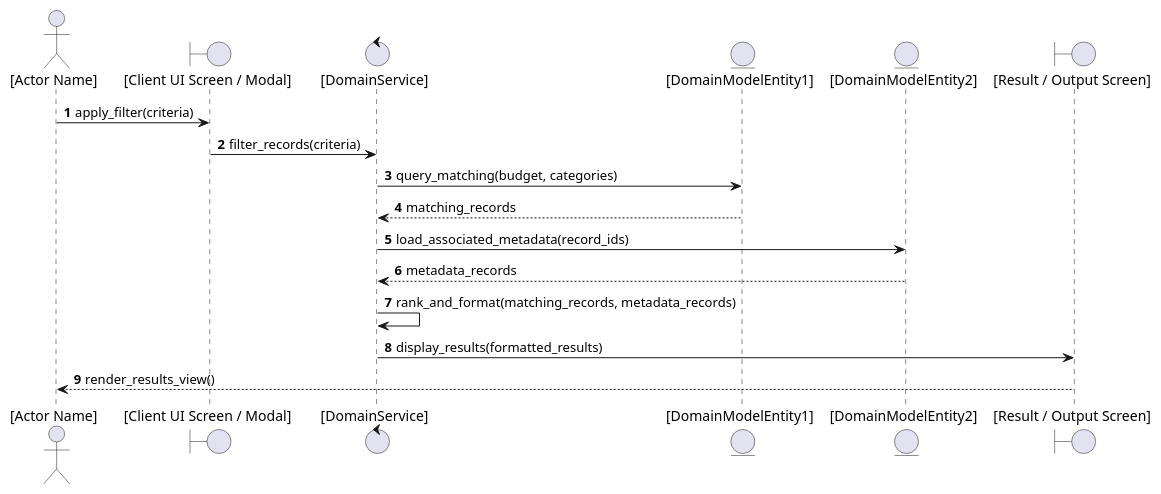
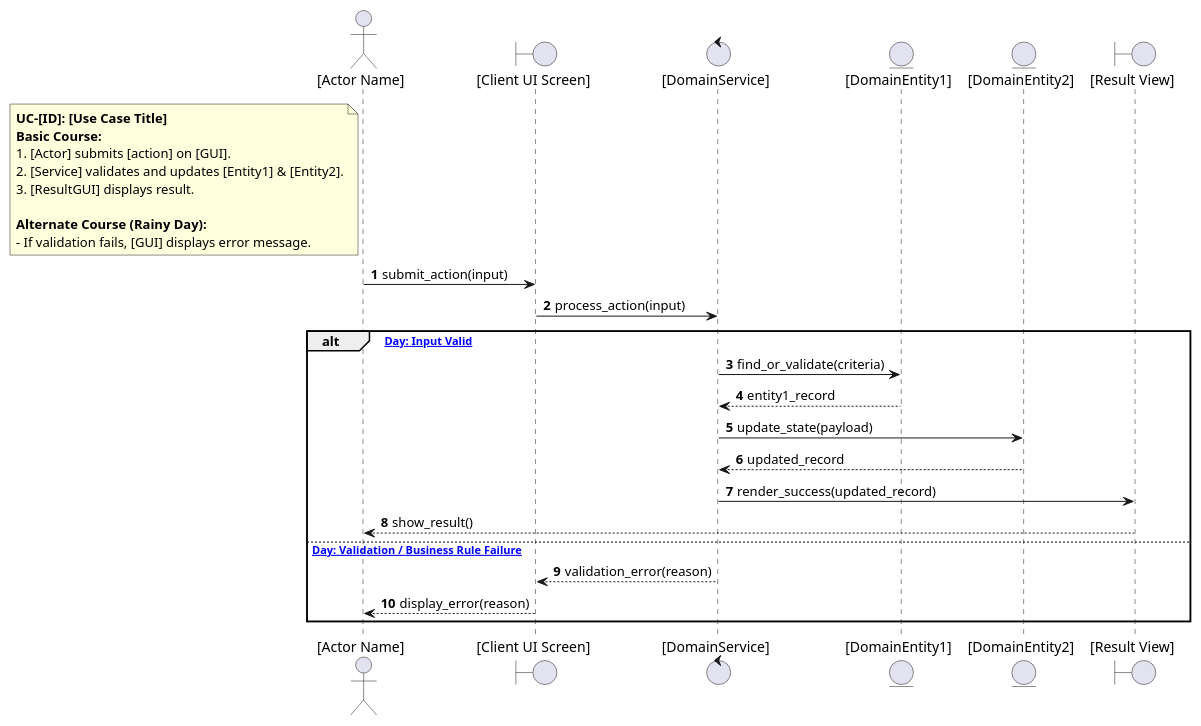
One commit to Gzaa19/Telaah changed the third of 4 diagrams in .specify/presets/iconix-preset/templates/plan-template.md. Above: the diagram before and after it, drawn with PlantUML. The commit also changed other lines of this file and 11 other files, not shown here.

Commit message:
docs(iconix): align constitution, preset templates, and specs 001-004 diagrams

````diff
--- a/.specify/presets/iconix-preset/templates/plan-template.md
+++ b/.specify/presets/iconix-preset/templates/plan-template.md
@@ -191,23 +162,41 @@
 ```plantuml
 @startuml
+autoactivate off
 autonumber
+skinparam shadowing false
 skinparam responseMessageBelowArrow true
 
 actor "[Actor Name]" as User
-boundary "[Client UI Screen / Modal]" as GUI
+boundary "[Client UI Screen]" as GUI
 control "[DomainService]" as Service
-entity "[DomainModelEntity1]" as Entity1
-entity "[DomainModelEntity2]" as Entity2
-boundary "[Result / Output Screen]" as ResultGUI
+entity "[DomainEntity1]" as Entity1
+entity "[DomainEntity2]" as Entity2
+boundary "[Result View]" as ResultGUI
 
-User -> GUI : apply_filter(criteria)
-GUI -> Service : filter_records(criteria)
-Service -> Entity1 : query_matching(budget, categories)
-Entity1 --> Service : matching_records
-Service -> Entity2 : load_associated_metadata(record_ids)
-Entity2 --> Service : metadata_records
-Service -> Service : rank_and_format(matching_records, metadata_records)
-Service -> ResultGUI : display_results(formatted_results)
-ResultGUI --> User : render_results_view()
+note left of User
+  <b>UC-[ID]: [Use Case Title]</b>
+  <b>Basic Course:</b>
+  1. [Actor] submits [action] on [GUI].
+  2. [Service] validates and updates [Entity1] & [Entity2].
+  3. [ResultGUI] displays result.
+
+  <b>Alternate Course (Rainy Day):</b>
+  - If validation fails, [GUI] displays error message.
+end note
+
+User -> GUI : submit_action(input)
+GUI -> Service : process_action(input)
+
+alt [Sunny Day: Input Valid]
+  Service -> Entity1 : find_or_validate(criteria)
+  Entity1 --> Service : entity1_record
+  Service -> Entity2 : update_state(payload)
+  Entity2 --> Service : updated_record
+  Service -> ResultGUI : render_success(updated_record)
+  ResultGUI --> User : show_result()
+else [Rainy Day: Validation / Business Rule Failure]
+  Service --> GUI : validation_error(reason)
+  GUI --> User : display_error(reason)
+end
 @enduml
 ```
````
